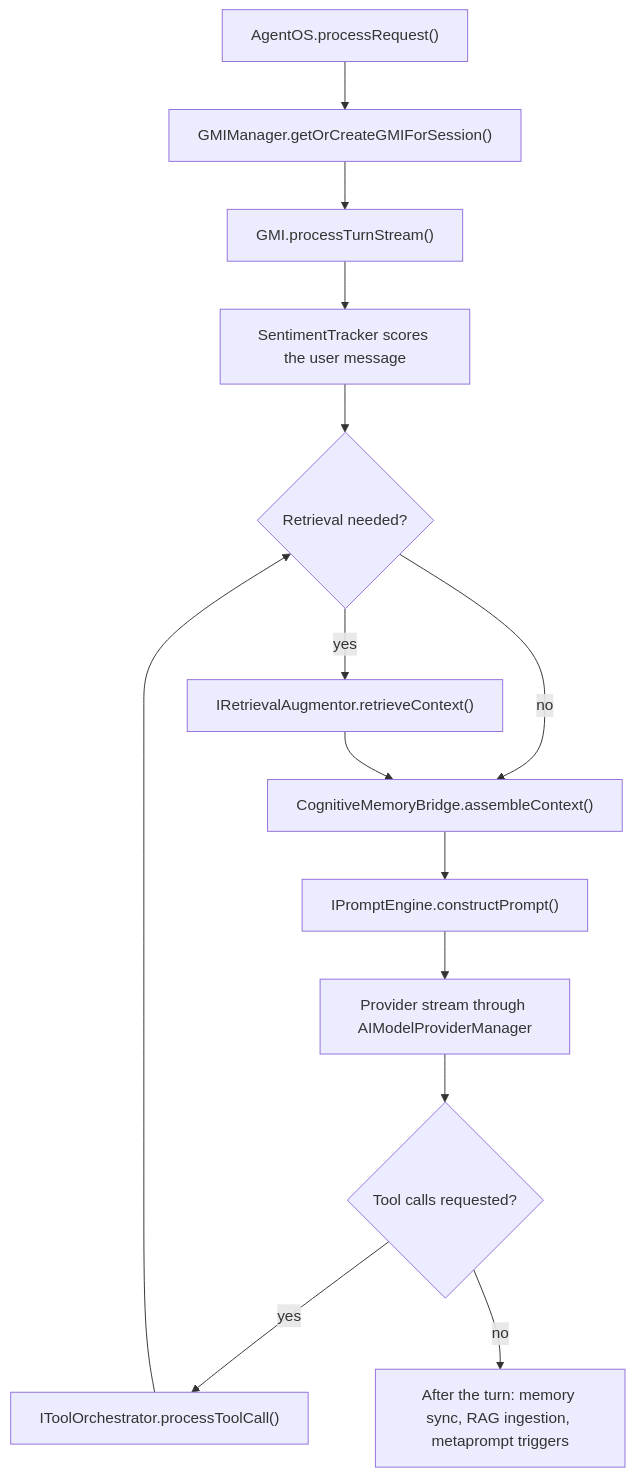
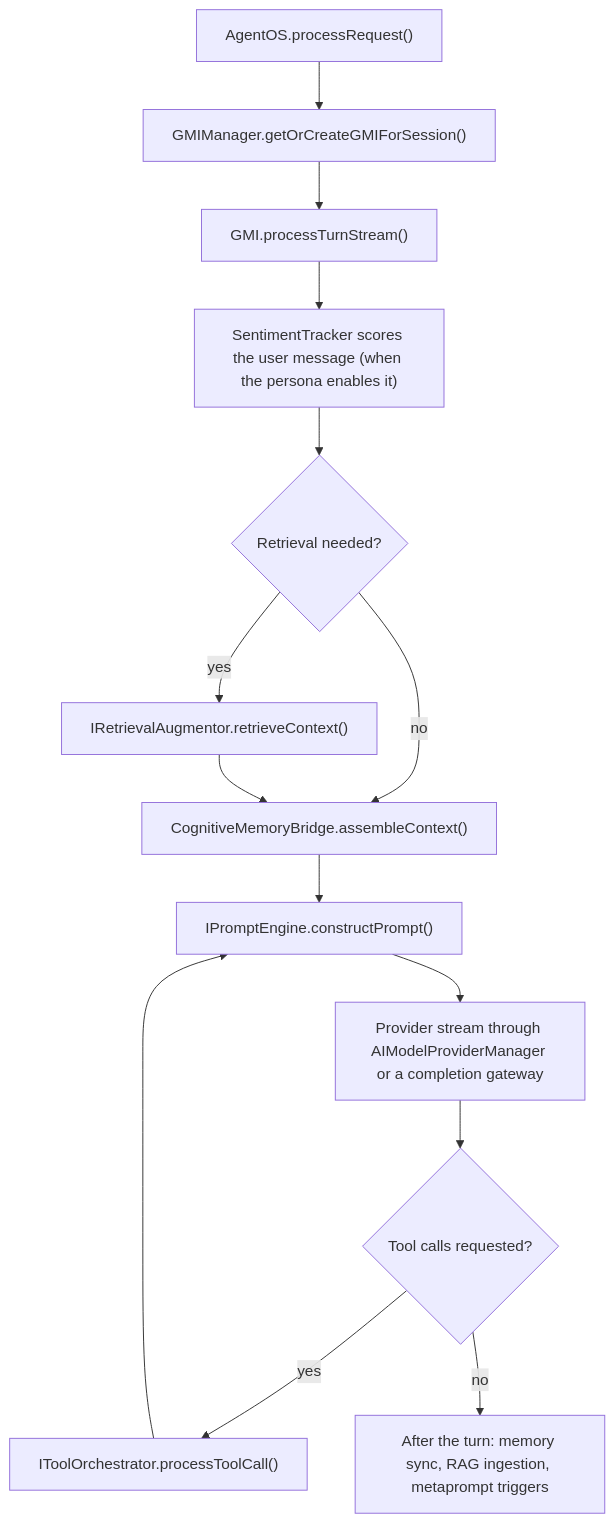
Before and after one commit to framerslab/agentos: the diagram in docs/GMI.md, drawn with Mermaid. The commit also changed other lines of this file and 13 other files, not shown here.

````diff
--- a/docs/GMI.md
+++ b/docs/GMI.md
@@ -67,16 +67,16 @@
 ```mermaid
 flowchart TD
     REQ["AgentOS.processRequest()"] --> MGR["GMIManager.getOrCreateGMIForSession()"]
     MGR --> TURN["GMI.processTurnStream()"]
-    TURN --> SENT["SentimentTracker scores the user message"]
+    TURN --> SENT["SentimentTracker scores the user message (when the persona enables it)"]
     SENT --> RAG{"Retrieval needed?"}
     RAG -- yes --> RET["IRetrievalAugmentor.retrieveContext()"]
     RAG -- no --> MEM
     RET --> MEM["CognitiveMemoryBridge.assembleContext()"]
     MEM --> PROMPT["IPromptEngine.constructPrompt()"]
-    PROMPT --> MODEL["Provider stream through AIModelProviderManager"]
+    PROMPT --> MODEL["Provider stream through AIModelProviderManager or a completion gateway"]
     MODEL --> TOOLS{"Tool calls requested?"}
     TOOLS -- yes --> RUN["IToolOrchestrator.processToolCall()"]
-    RUN --> RAG
+    RUN --> PROMPT
     TOOLS -- no --> AFTER["After the turn: memory sync, RAG ingestion, metaprompt triggers"]
 ```
````
